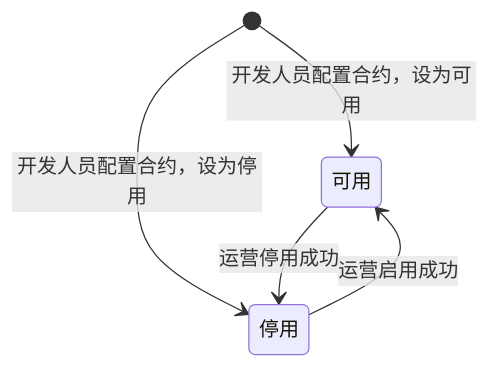
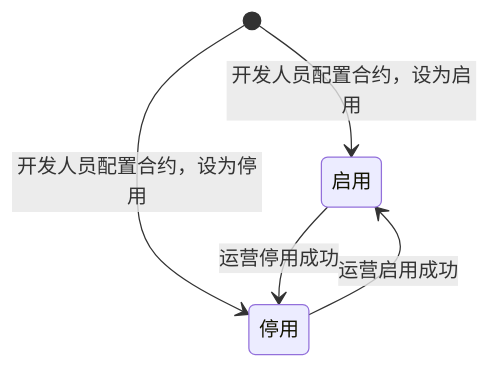
One commit to wxblockchain/Chain-Financing changed the fourth of 4 diagrams in token-issuance-platform/PRD/管理端/M6-合约管理/02-合约管理-流程图与状态机.md. Above: the diagram before and after it, drawn with Mermaid. The commit also changed other lines of this file and 4 other files, not shown here.

````diff
--- a/token-issuance-platform/PRD/管理端/M6-合约管理/02-合约管理-流程图与状态机.md
+++ b/token-issuance-platform/PRD/管理端/M6-合约管理/02-合约管理-流程图与状态机.md
@@ -88,7 +88,7 @@
 ```mermaid
 stateDiagram-v2
-    [*] --> 可用: 开发人员配置合约，设为可用
+    [*] --> 启用: 开发人员配置合约，设为启用
     [*] --> 停用: 开发人员配置合约，设为停用
-    可用 --> 停用: 运营停用成功
-    停用 --> 可用: 运营启用成功
+    启用 --> 停用: 运营停用成功
+    停用 --> 启用: 运营启用成功
 ```
````
